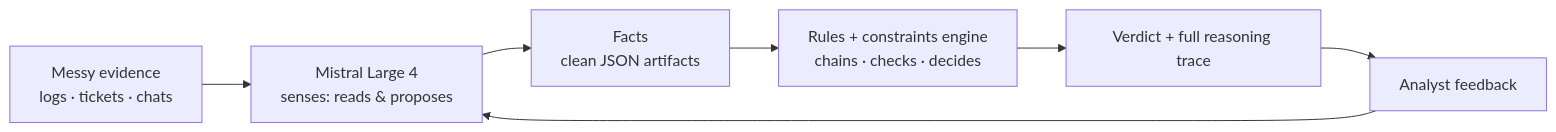
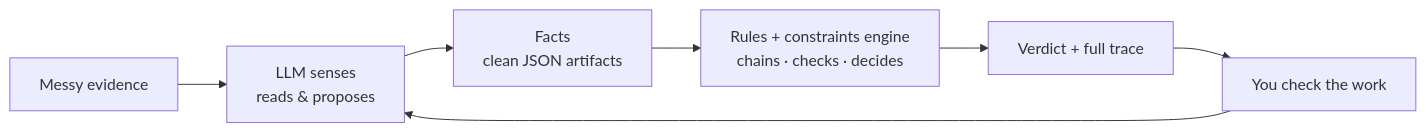
Before and after one commit to facty-dev/facty: the first of 2 diagrams in README.md, drawn with Mermaid. The commit also changed other lines of this file, not shown here.

````diff
--- a/README.md
+++ b/README.md
@@ -36,8 +22,8 @@
 ```mermaid
 flowchart LR
-    A[Messy evidence<br/>logs · tickets · chats] --> B[Mistral Large 4<br/>senses: reads & proposes]
+    A[Messy evidence] --> B[LLM senses<br/>reads & proposes]
     B --> C[Facts<br/>clean JSON artifacts]
     C --> D[Rules + constraints engine<br/>chains · checks · decides]
-    D --> E[Verdict + full reasoning trace]
-    E --> F[Analyst feedback] --> B
+    D --> E[Verdict + full trace]
+    E --> F[You check the work] --> B
 ```
````
